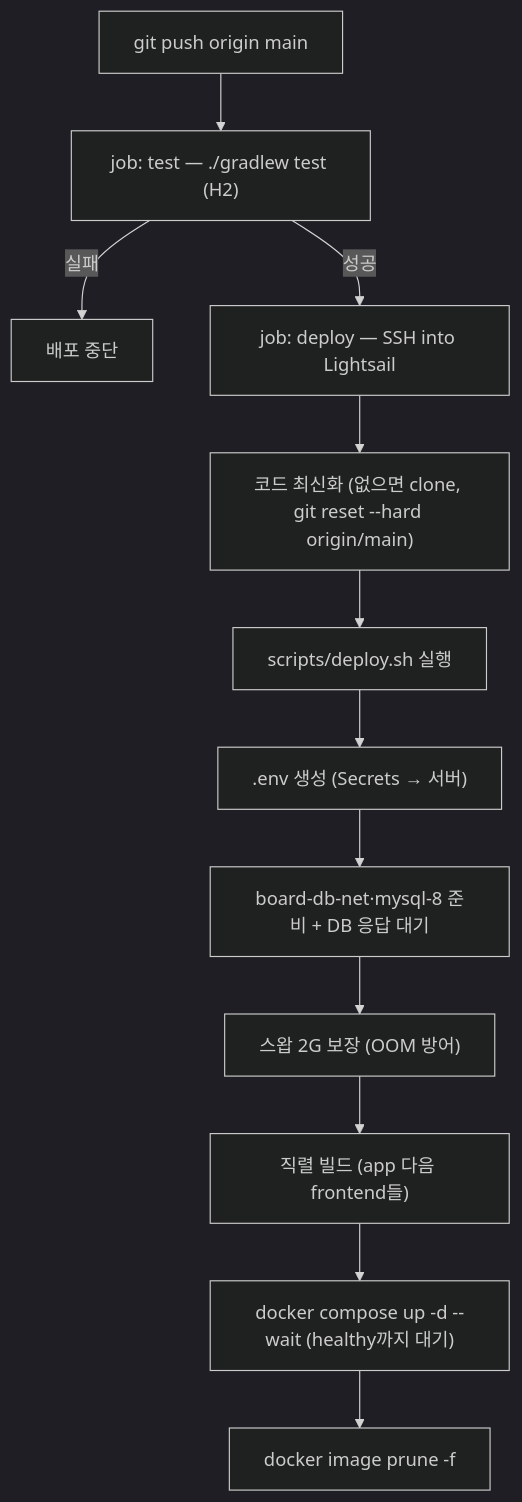
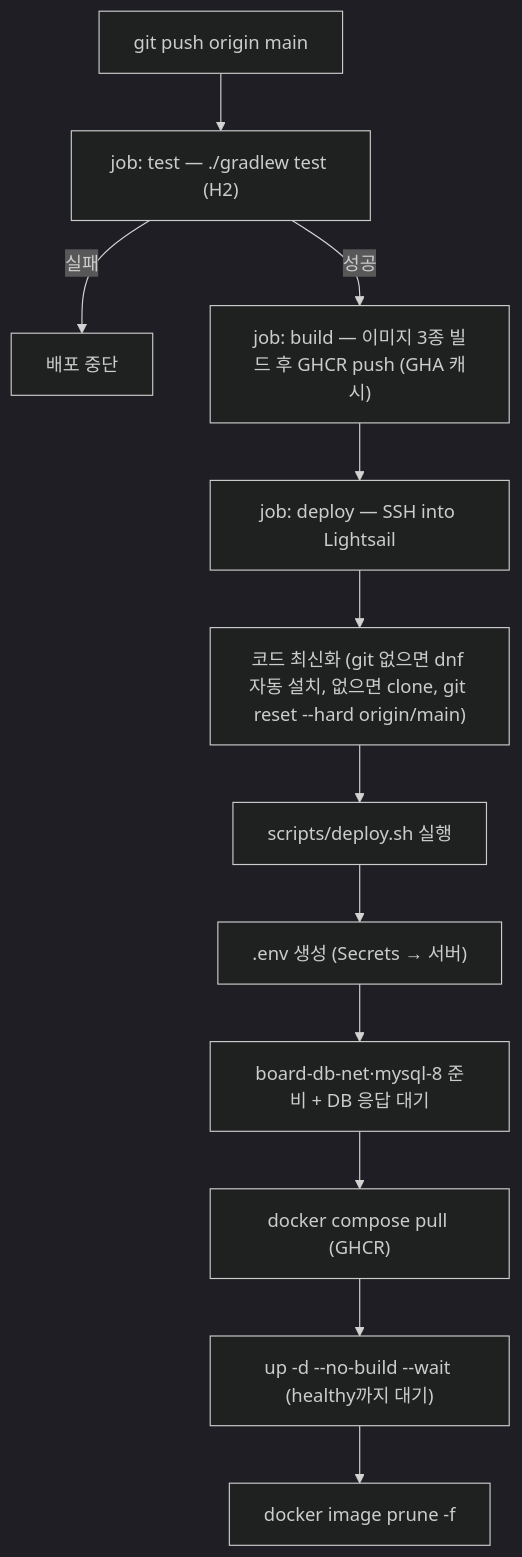
Before and after one commit to icesnake72/boards: the diagram in docs/lecture/CICD-GITHUB-ACTIONS.md, drawn with Mermaid (dark theme). The commit also changed other lines of this file and 2 other files, not shown here.

First line of the commit message:
docs: 배포 문서 무스왑 전환 반영 — AL2023·GHCR·pull 전용 서버

````diff
--- a/docs/lecture/CICD-GITHUB-ACTIONS.md
+++ b/docs/lecture/CICD-GITHUB-ACTIONS.md
@@ -19,14 +19,14 @@
 ```mermaid
 flowchart TD
   PUSH["git push origin main"] --> TEST["job: test — ./gradlew test (H2)"]
   TEST -->|"실패"| STOP["배포 중단"]
-  TEST -->|"성공"| DEPLOY["job: deploy — SSH into Lightsail"]
-  DEPLOY --> PULL["코드 최신화 (없으면 clone, git reset --hard origin/main)"]
+  TEST -->|"성공"| BUILDJOB["job: build — 이미지 3종 빌드 후 GHCR push (GHA 캐시)"]
+  BUILDJOB --> DEPLOY["job: deploy — SSH into Lightsail"]
+  DEPLOY --> PULL["코드 최신화 (git 없으면 dnf 자동 설치, 없으면 clone, git reset --hard origin/main)"]
   PULL --> SH["scripts/deploy.sh 실행"]
   SH --> ENV[".env 생성 (Secrets → 서버)"]
   ENV --> DB["board-db-net·mysql-8 준비 + DB 응답 대기"]
-  DB --> SWAP["스왑 2G 보장 (OOM 방어)"]
-  SWAP --> BUILD["직렬 빌드 (app 다음 frontend들)"]
-  BUILD --> UP["docker compose up -d --wait (healthy까지 대기)"]
+  DB --> IMG["docker compose pull (GHCR)"]
+  IMG --> UP["up -d --no-build --wait (healthy까지 대기)"]
   UP --> PRUNE["docker image prune -f"]
 ```
````
